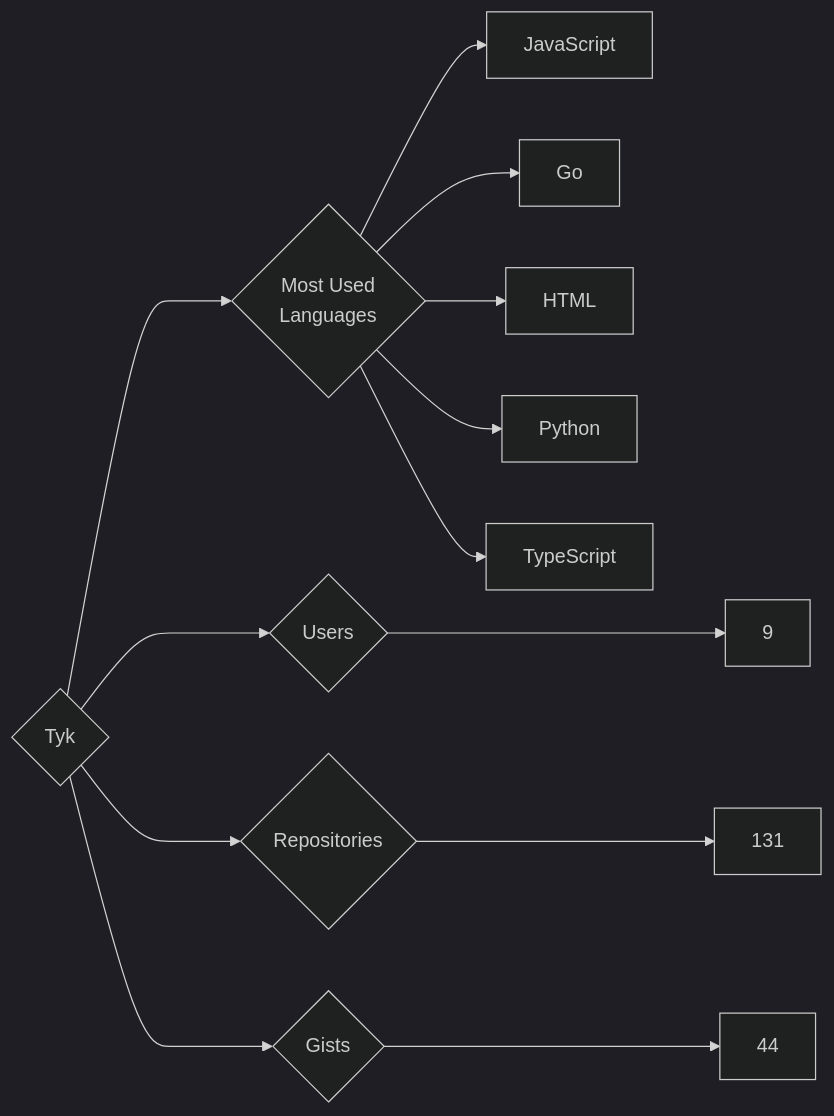
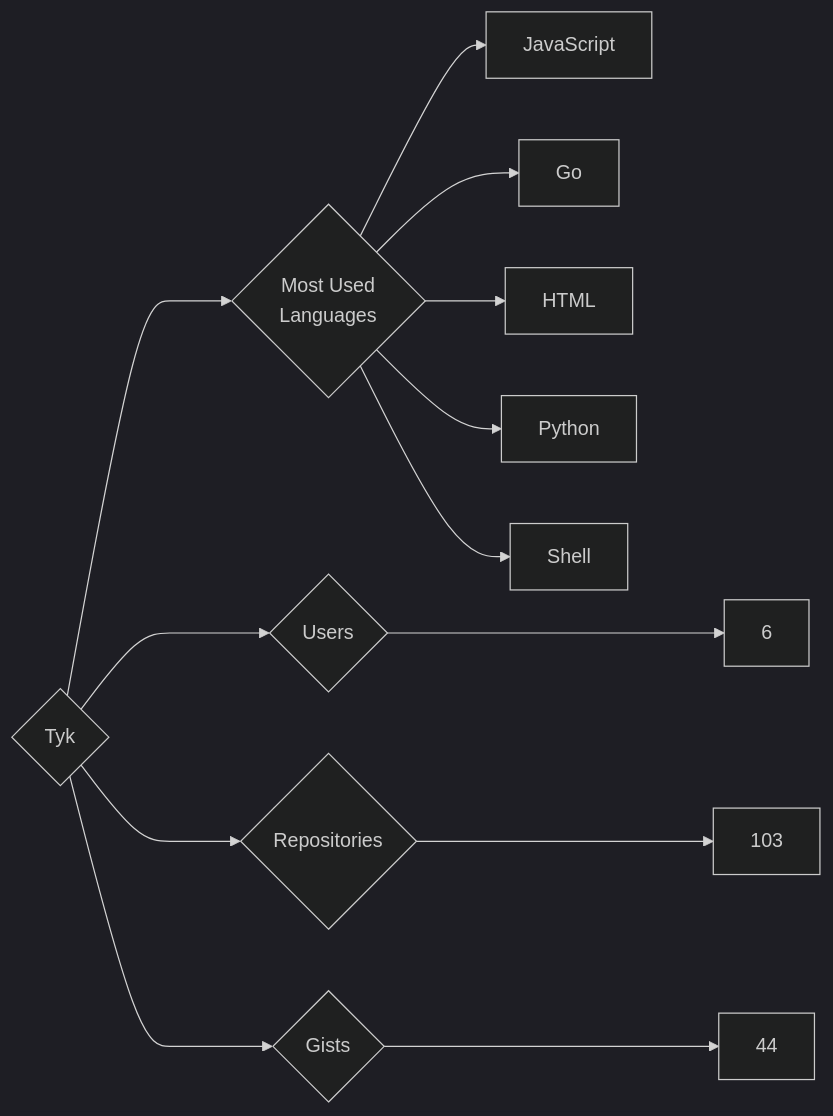
The diagram in targets/Tyk/README.md (trickest/insiders), drawn with Mermaid (dark theme) before and after one commit. The commit also changed 1484 other files, not shown here.

````diff
--- a/targets/Tyk/README.md
+++ b/targets/Tyk/README.md
@@ -3,13 +3,13 @@
 ```mermaid
 graph LR
 COMPANY_NAME{Tyk}
-COMPANY_NAME ---> U{Users} ---> UN[9]
-COMPANY_NAME ---> R{Repositories} ---> RN[131]
+COMPANY_NAME ---> U{Users} ---> UN[6]
+COMPANY_NAME ---> R{Repositories} ---> RN[103]
 COMPANY_NAME ---> G{Gists} ---> GN[44]
 COMPANY_NAME ---> ML{Most Used<br>Languages}
 ML --> JavaScript[JavaScript]
 ML --> Go[Go]
 ML --> HTML[HTML]
 ML --> Python[Python]
-ML --> TypeScript[TypeScript]
+ML --> Shell[Shell]
 ```
````
